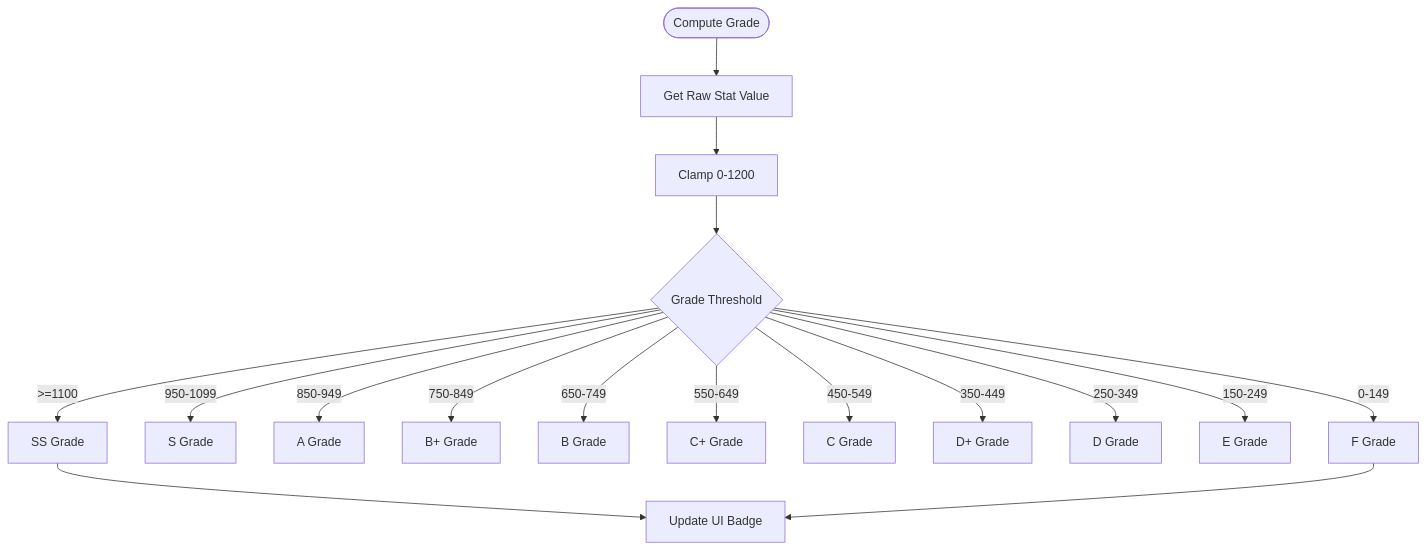
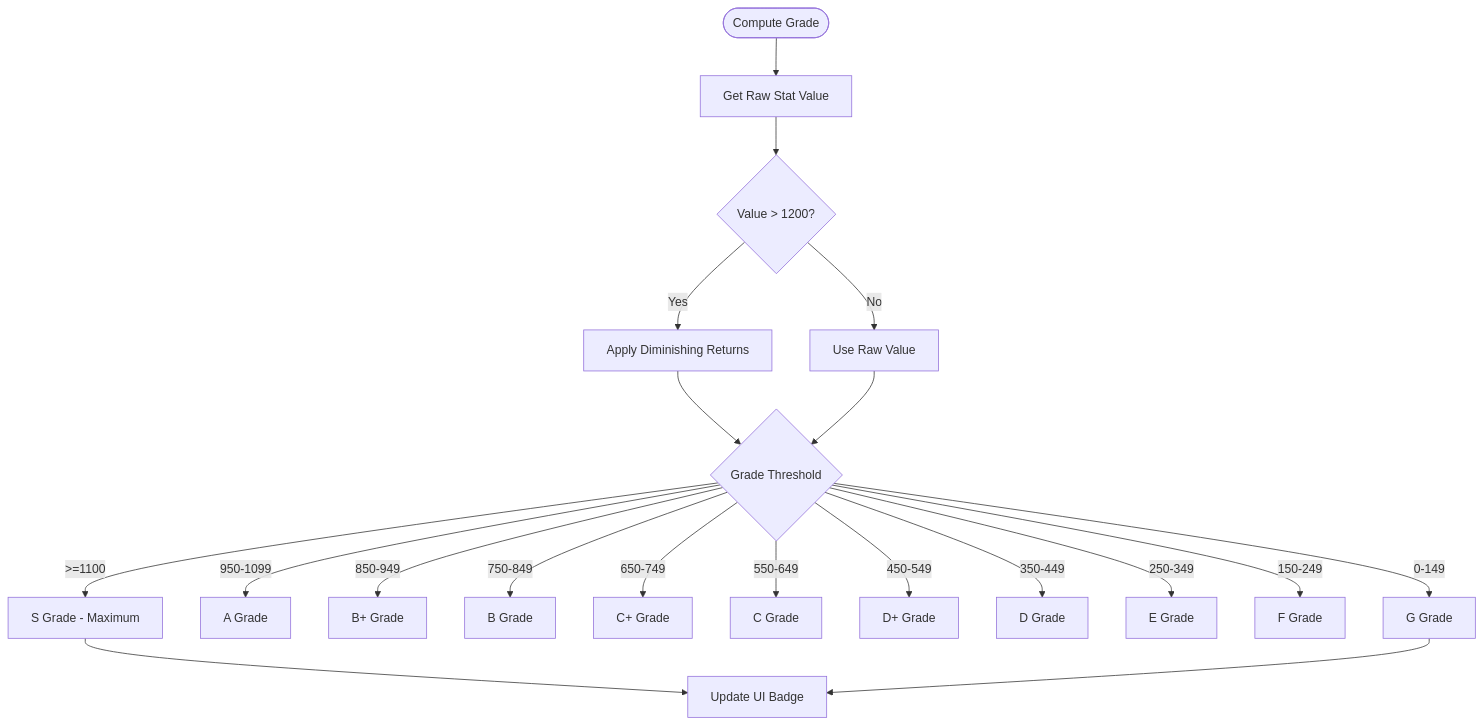
Before and after one commit to exatfrds67/umamusume-career-planner: the third of 7 diagrams in docs/01-flows/FLOW-001_Character_Management_System.md, drawn with Mermaid. The commit also changed other lines of this file and 313 other files, not shown here.

````diff
--- a/docs/01-flows/FLOW-001_Character_Management_System.md
+++ b/docs/01-flows/FLOW-001_Character_Management_System.md
@@ -104,22 +104,26 @@
 ```mermaid
 flowchart TD
     Start([Compute Grade]) --> GetRaw[Get Raw Stat Value]
-    GetRaw --> ClampValue[Clamp 0-1200]
+    GetRaw --> CheckCap{Value > 1200?}
     
-    ClampValue --> DetermineGrade{Grade Threshold}
+    CheckCap -->|Yes| ApplyDiminishing[Apply Diminishing Returns]
+    CheckCap -->|No| UseRaw[Use Raw Value]
     
-    DetermineGrade -->|>=1100| SS[SS Grade]
-    DetermineGrade -->|950-1099| S[S Grade]
-    DetermineGrade -->|850-949| A[A Grade]
-    DetermineGrade -->|750-849| BPlus[B+ Grade]
-    DetermineGrade -->|650-749| B[B Grade]
-    DetermineGrade -->|550-649| CPlus[C+ Grade]
-    DetermineGrade -->|450-549| C[C Grade]
-    DetermineGrade -->|350-449| DPlus[D+ Grade]
-    DetermineGrade -->|250-349| D[D Grade]
-    DetermineGrade -->|150-249| E[E Grade]
-    DetermineGrade -->|0-149| F[F Grade]
+    ApplyDiminishing --> DetermineGrade{Grade Threshold}
+    UseRaw --> DetermineGrade
     
-    SS --> UI[Update UI Badge]
-    F --> UI
+    DetermineGrade -->|>=1100| S[S Grade - Maximum]
+    DetermineGrade -->|950-1099| A[A Grade]
+    DetermineGrade -->|850-949| BPlus[B+ Grade]
+    DetermineGrade -->|750-849| B[B Grade]
+    DetermineGrade -->|650-749| CPlus[C+ Grade]
+    DetermineGrade -->|550-649| C[C Grade]
+    DetermineGrade -->|450-549| DPlus[D+ Grade]
+    DetermineGrade -->|350-449| D[D Grade]
+    DetermineGrade -->|250-349| E[E Grade]
+    DetermineGrade -->|150-249| F[F Grade]
+    DetermineGrade -->|0-149| G[G Grade]
+    
+    S --> UI[Update UI Badge]
+    G --> UI
 ```
````
